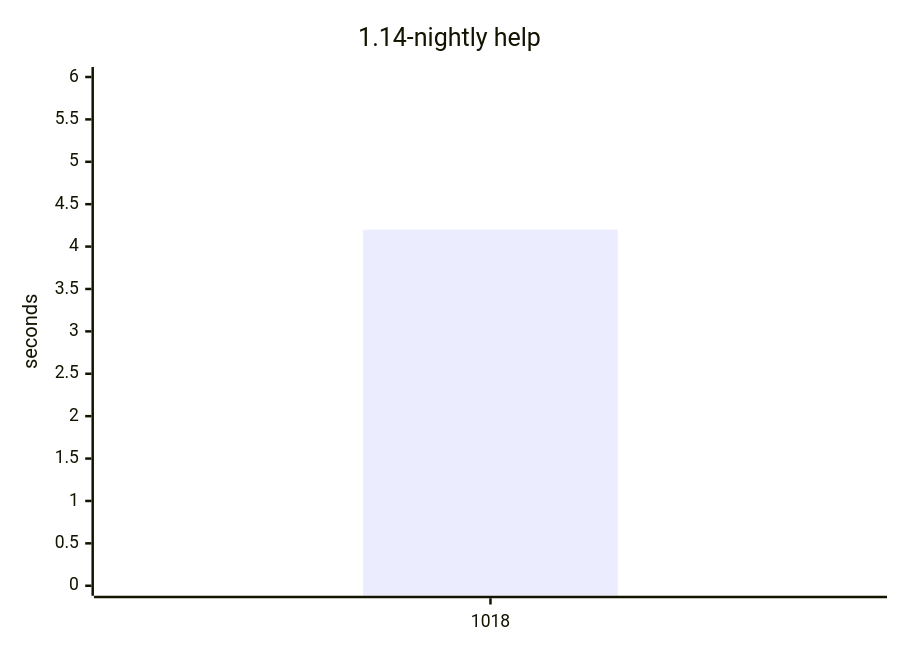
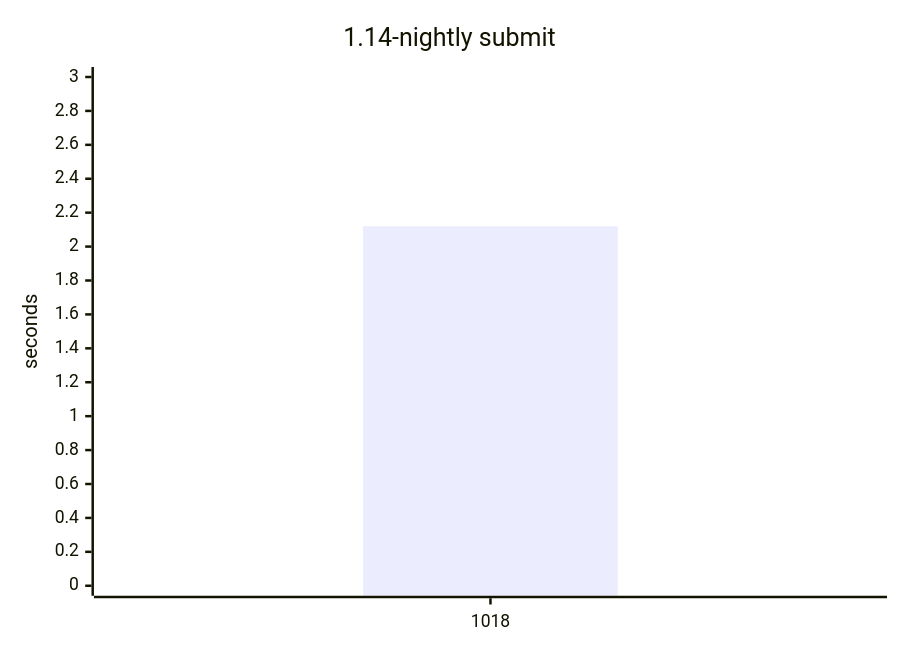
One commit to yamanori99/DistSSHQueue.jl changed the fifth of 7 diagrams in README.md. Above: the diagram before and after it, drawn with Mermaid. The commit also changed other lines of this file and 1 other file, not shown here.

Commit message:
Record compile bench for 1.14-nightly.

````diff
--- a/README.md
+++ b/README.md
@@ -74,7 +125,7 @@
 ```mermaid
 xychart-beta
-    title "1.14-nightly help"
+    title "1.14-nightly submit"
     x-axis ["1018"]
-    y-axis "seconds" 0 --> 6
-    bar [4.2]
+    y-axis "seconds" 0 --> 3
+    bar [2.12]
 ```
````
